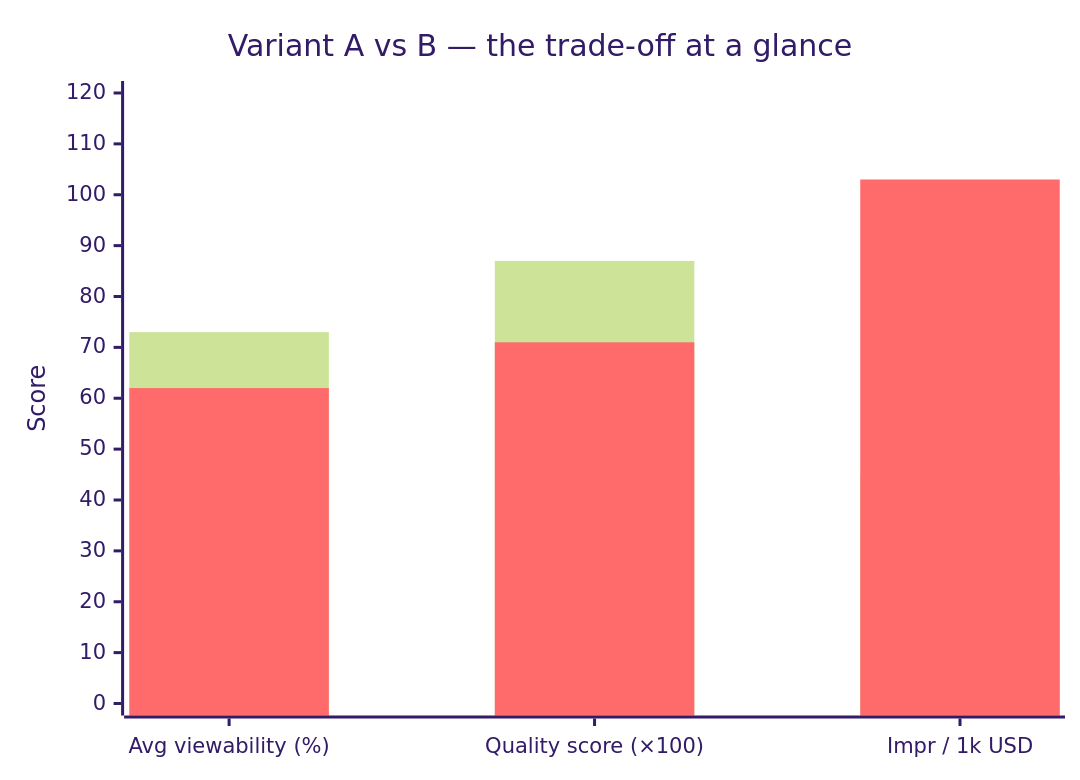
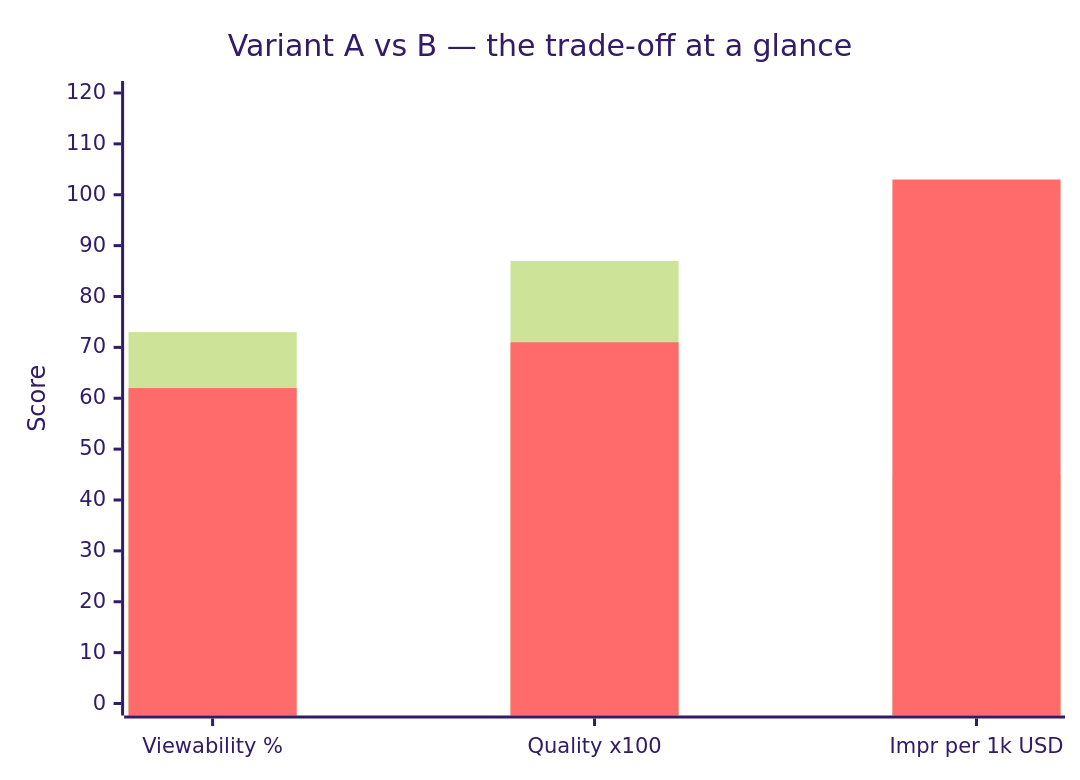
Before and after one commit to lolek84/adlook-inventory-recommender-mcp: the third of 3 diagrams in skill_Adlook_Media_Planner.md, drawn with Mermaid (forest theme). The commit also changed other lines of this file, not shown here.

First line of the commit message:
Fix all Mermaid syntax errors in skill_Adlook_Media_Planner.md

````diff
--- a/skill_Adlook_Media_Planner.md
+++ b/skill_Adlook_Media_Planner.md
@@ -95,9 +97,8 @@
 ```mermaid
-%% Section 7 — A vs B KPI comparison (adapt values from section 7 table)
 xychart-beta
     title "Variant A vs B — the trade-off at a glance"
-    x-axis ["Avg viewability (%)", "Quality score (×100)", "Impr / 1k USD"]
+    x-axis ["Viewability %", "Quality x100", "Impr per 1k USD"]
     y-axis "Score" 0 --> 120
     bar [73, 87, 45]
     bar [62, 71, 103]
 ```
````
